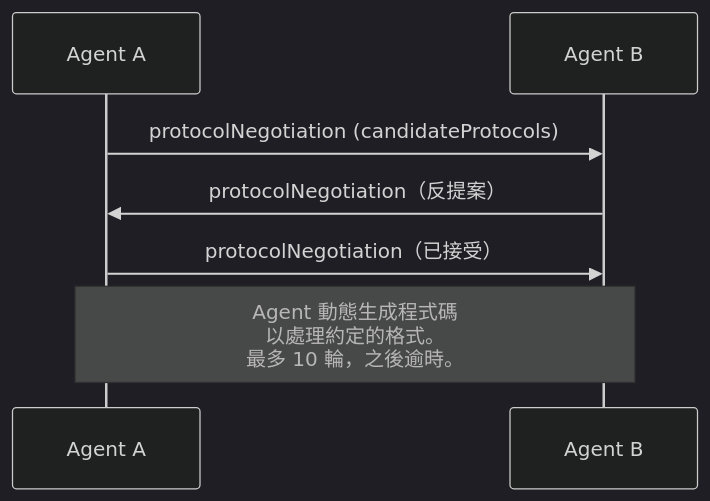
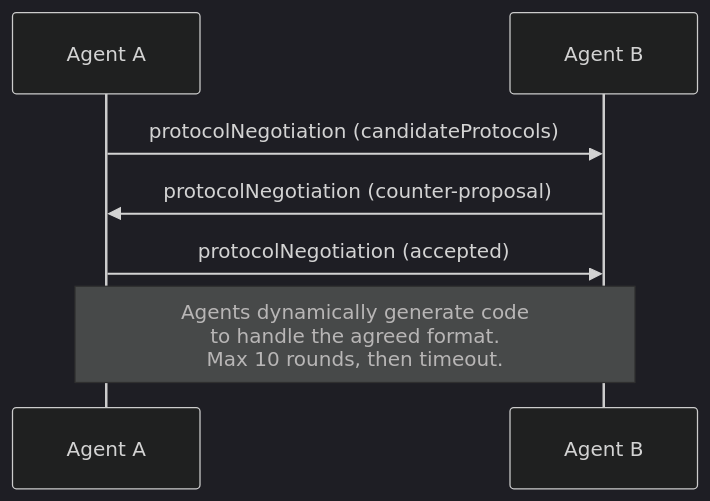
One commit to edward821220/ai-engineering-from-scratch changed the tenth of 13 diagrams in i18n/zh-TW/phases/16-multi-agent-and-swarms/03-communication-protocols/docs/zh-TW.md. Above: the diagram before and after it, drawn with Mermaid (dark theme). The commit also changed other lines of this file and 3 other files, not shown here.

Commit message:
fix(i18n): zh-TW p16 checker cleanup (mermaid edges + URL spans)

````diff
--- a/i18n/zh-TW/phases/16-multi-agent-and-swarms/03-communication-protocols/docs/zh-TW.md
+++ b/i18n/zh-TW/phases/16-multi-agent-and-swarms/03-communication-protocols/docs/zh-TW.md
@@ -508,10 +508,10 @@
 ```mermaid
 sequenceDiagram
     participant A as Agent A
     participant B as Agent B
 
     A->>B: protocolNegotiation (candidateProtocols)
-    B->>A: protocolNegotiation（反提案）
-    A->>B: protocolNegotiation（已接受）
-    Note over A,B: Agent 動態生成程式碼<br/>以處理約定的格式。<br/>最多 10 輪，之後逾時。
+    B->>A: protocolNegotiation (counter-proposal)
+    A->>B: protocolNegotiation (accepted)
+    Note over A,B: Agents dynamically generate code<br/>to handle the agreed format.<br/>Max 10 rounds, then timeout.
 ```
````
